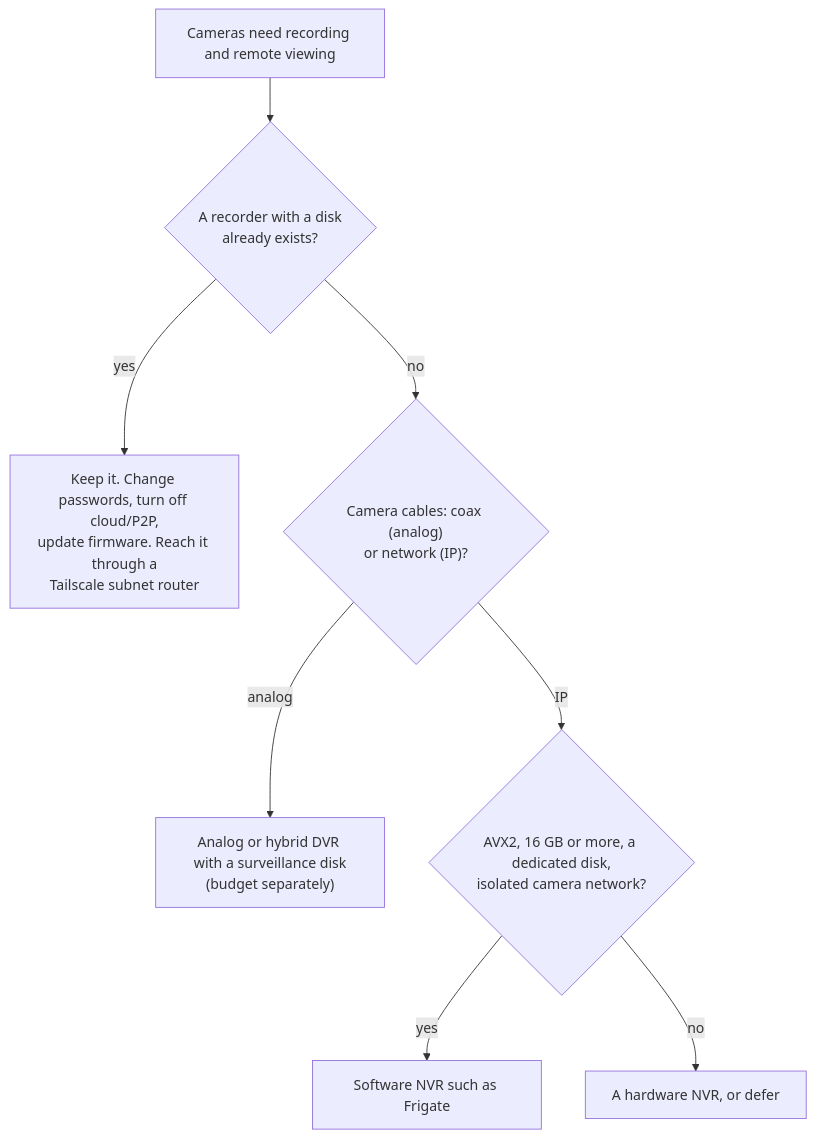
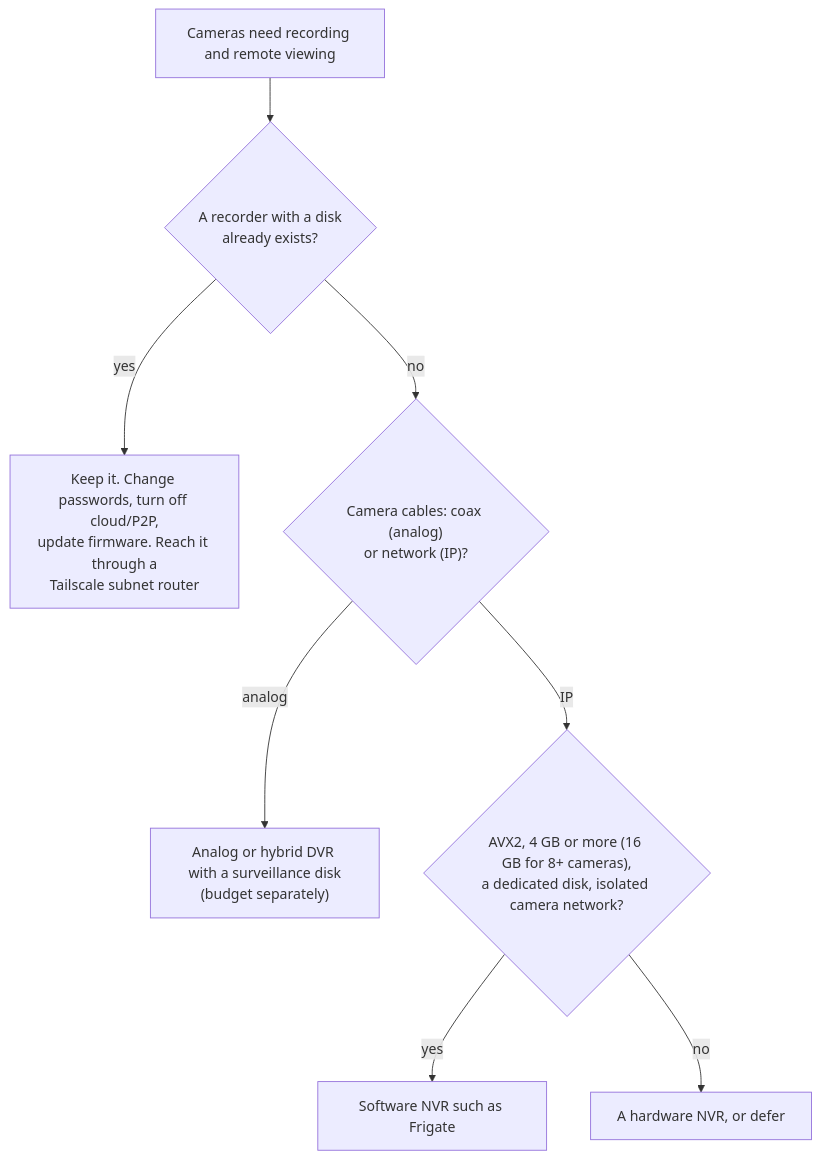
Before and after one commit to MEDHUN17/dharane: the fifth of 7 diagrams in docs/14-decision-guide.md, drawn with Mermaid. The commit also changed other lines of this file and 10 other files, not shown here.

````diff
--- a/docs/14-decision-guide.md
+++ b/docs/14-decision-guide.md
@@ -287,10 +332,10 @@
 ```mermaid
 flowchart TD
   A["Cameras need recording and remote viewing"] --> B{"A recorder with a disk<br/>already exists?"}
   B -- yes --> C["Keep it. Change passwords, turn off cloud/P2P,<br/>update firmware. Reach it through a<br/>Tailscale subnet router"]
   B -- no --> D{"Camera cables: coax (analog)<br/>or network (IP)?"}
   D -- analog --> E["Analog or hybrid DVR with a surveillance disk<br/>(budget separately)"]
-  D -- IP --> F{"AVX2, 16 GB or more, a dedicated disk,<br/>isolated camera network?"}
+  D -- IP --> F{"AVX2, 4 GB or more (16 GB for 8+ cameras),<br/>a dedicated disk, isolated camera network?"}
   F -- yes --> G["Software NVR such as Frigate"]
   F -- no --> H["A hardware NVR, or defer"]
 ```
````
